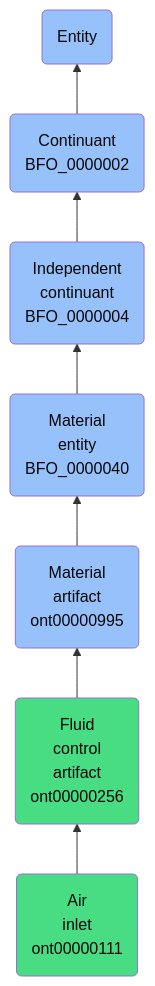
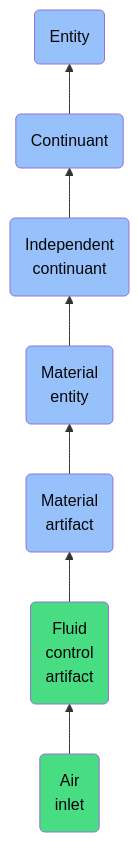
The diagram in docs/ontology/reference/model/Entity/Continuant/Independent continuant/Material entity/Material artifact/Fluid control artifact/Air inlet/Air inlet.md (jupyter-naas/abi), drawn with Mermaid before and after one commit. The commit also changed other lines of this file and 1430 other files, not shown here.

````diff
--- a/docs/ontology/reference/model/Entity/Continuant/Independent continuant/Material entity/Material artifact/Fluid control artifact/Air inlet/Air inlet.md
+++ b/docs/ontology/reference/model/Entity/Continuant/Independent continuant/Material entity/Material artifact/Fluid control artifact/Air inlet/Air inlet.md
@@ -24,14 +24,14 @@
 ```mermaid
 graph BT
-    ont00000111(Air<br>inlet<br>ont00000111):::ABI-->ont00000256
-    ont00000256(Fluid<br>control<br>artifact<br>ont00000256):::ABI-->ont00000995
-    ont00000995(Material<br>artifact<br>ont00000995):::BFO-->BFO_0000040
-    BFO_0000040(Material<br>entity<br>BFO_0000040):::BFO-->BFO_0000004
-    BFO_0000004(Independent<br>continuant<br>BFO_0000004):::BFO-->BFO_0000002
-    BFO_0000002(Continuant<br>BFO_0000002):::BFO-->BFO_0000001
+    ont00000111(Air<br>inlet):::ABI-->ont00000256
+    ont00000256(Fluid<br>control<br>artifact):::ABI-->ont00000995
+    ont00000995(Material<br>artifact):::BFO-->BFO_0000040
+    BFO_0000040(Material<br>entity):::BFO-->BFO_0000004
+    BFO_0000004(Independent<br>continuant):::BFO-->BFO_0000002
+    BFO_0000002(Continuant):::BFO-->BFO_0000001
     BFO_0000001(Entity):::BFO
     
     classDef BFO fill:#97c1fb,color:#060606
     classDef CCO fill:#e4c51e,color:#060606
     classDef ABI fill:#48DD82,color:#060606
 ```
````
